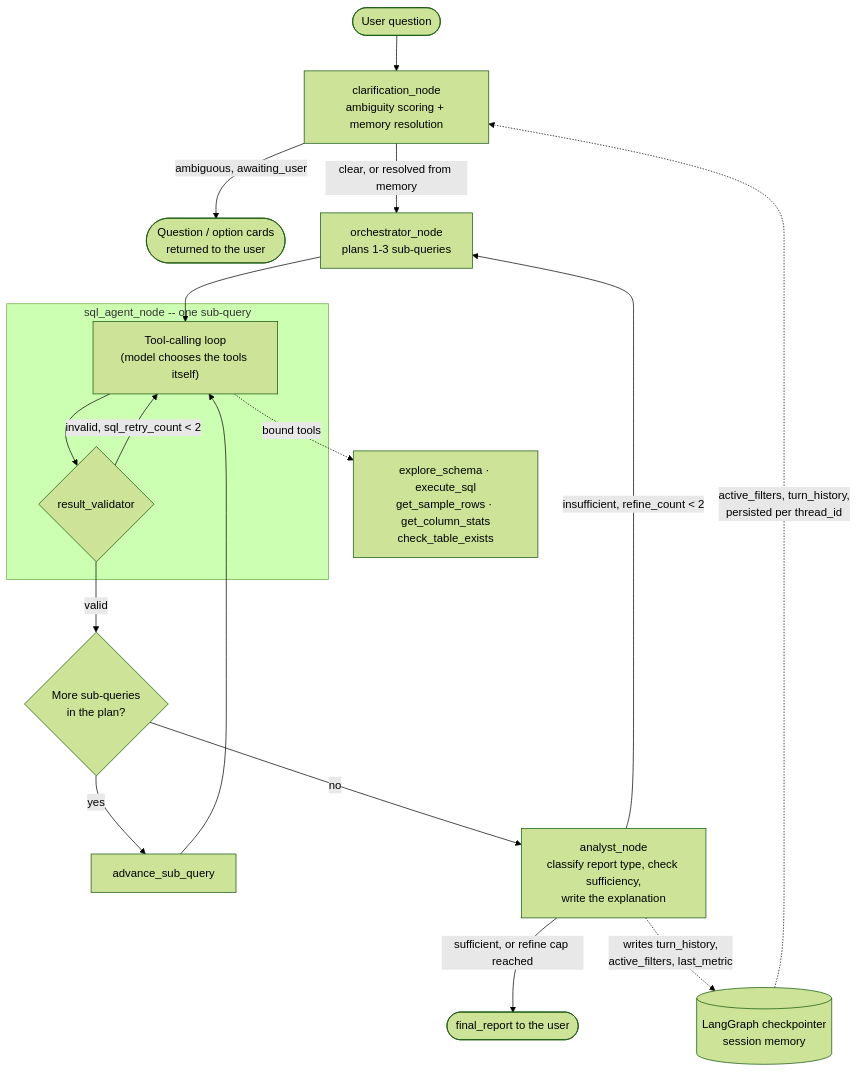
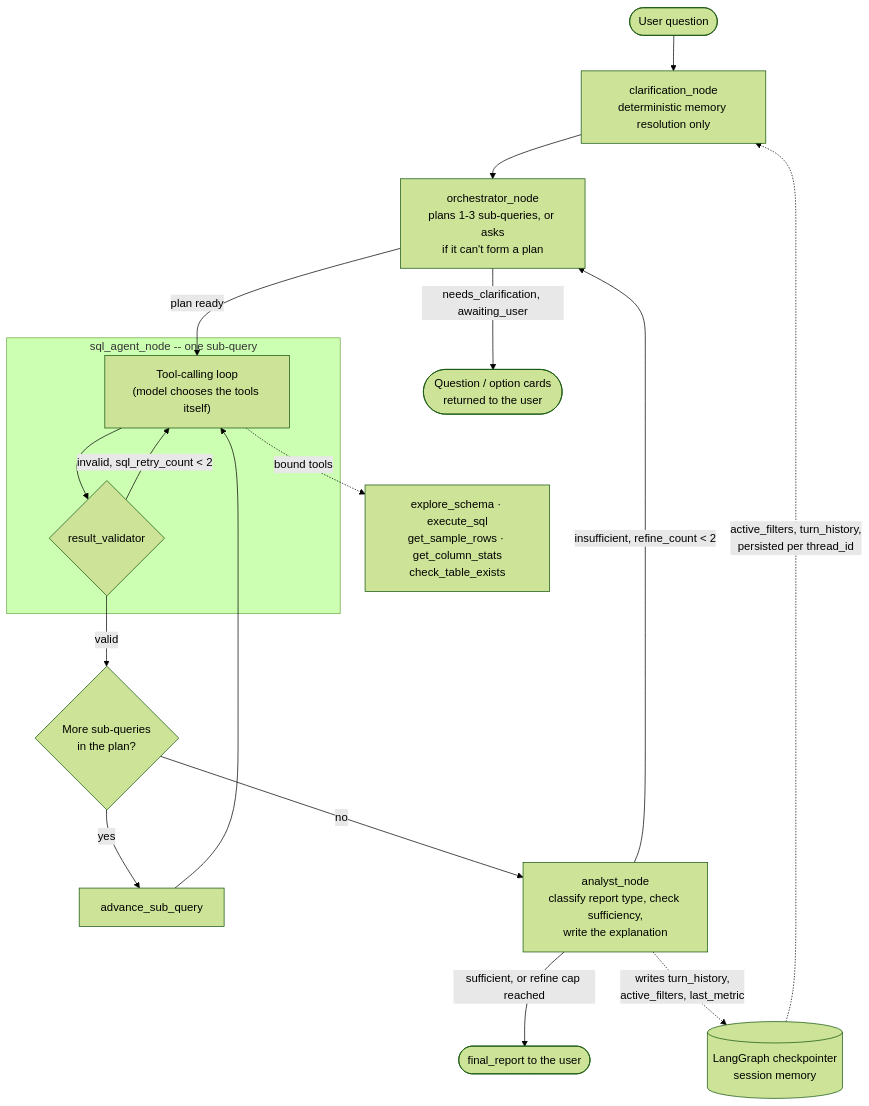
Before and after one commit to Sobhin12/Data-Analyst-Agent: the diagram in README.md, drawn with Mermaid (forest theme). The commit also changed 8 other files, not shown here.

````diff
--- a/README.md
+++ b/README.md
@@ -9,26 +9,27 @@
 ```mermaid
 flowchart TD
-    U([User question]) --> CLAR["clarification_node<br/>ambiguity scoring + memory resolution"]
+    U([User question]) --> CLAR["clarification_node<br/>deterministic memory resolution only"]
 
-    CLAR -->|ambiguous, awaiting_user| WAIT([Question / option cards<br/>returned to the user])
-    CLAR -->|clear, or resolved from memory| ORCH
+    CLAR --> ORCH
 
-    ORCH["orchestrator_node<br/>plans 1-3 sub-queries"] --> SQL
+    ORCH["orchestrator_node<br/>plans 1-3 sub-queries, or asks<br/>if it can't form a plan"]
+    ORCH -->|needs_clarification, awaiting_user| WAIT([Question / option cards<br/>returned to the user])
+    ORCH -->|plan ready| SQL
 
     subgraph SQLAGENT["sql_agent_node -- one sub-query"]
         SQL["Tool-calling loop<br/>(model chooses the tools itself)"] --> VAL{"result_validator"}
         VAL -->|invalid, sql_retry_count < 2| SQL
     end
 
     SQL -.->|bound tools| TOOLS["explore_schema · execute_sql<br/>get_sample_rows · get_column_stats<br/>check_table_exists"]
 
     VAL -->|valid| MORE{More sub-queries<br/>in the plan?}
     MORE -->|yes| ADV[advance_sub_query] --> SQL
     MORE -->|no| ANALYST
 
     ANALYST["analyst_node<br/>classify report type, check sufficiency,<br/>write the explanation"] -->|insufficient, refine_count < 2| ORCH
     ANALYST -->|sufficient, or refine cap reached| DONE([final_report to the user])
 
     CP[(LangGraph checkpointer<br/>session memory)] -.->|active_filters, turn_history,<br/>persisted per thread_id| CLAR
     ANALYST -.->|writes turn_history,<br/>active_filters, last_metric| CP
 ```
````
